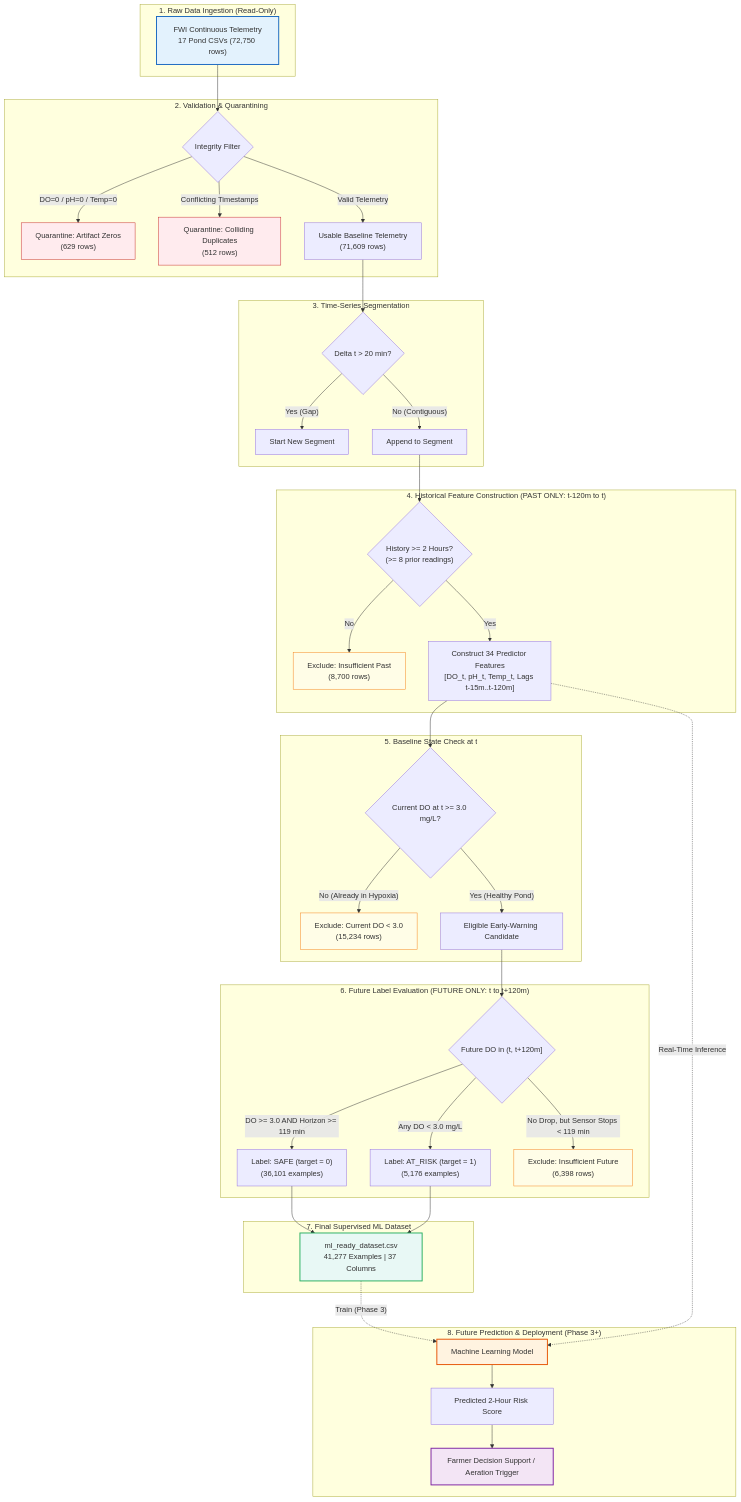
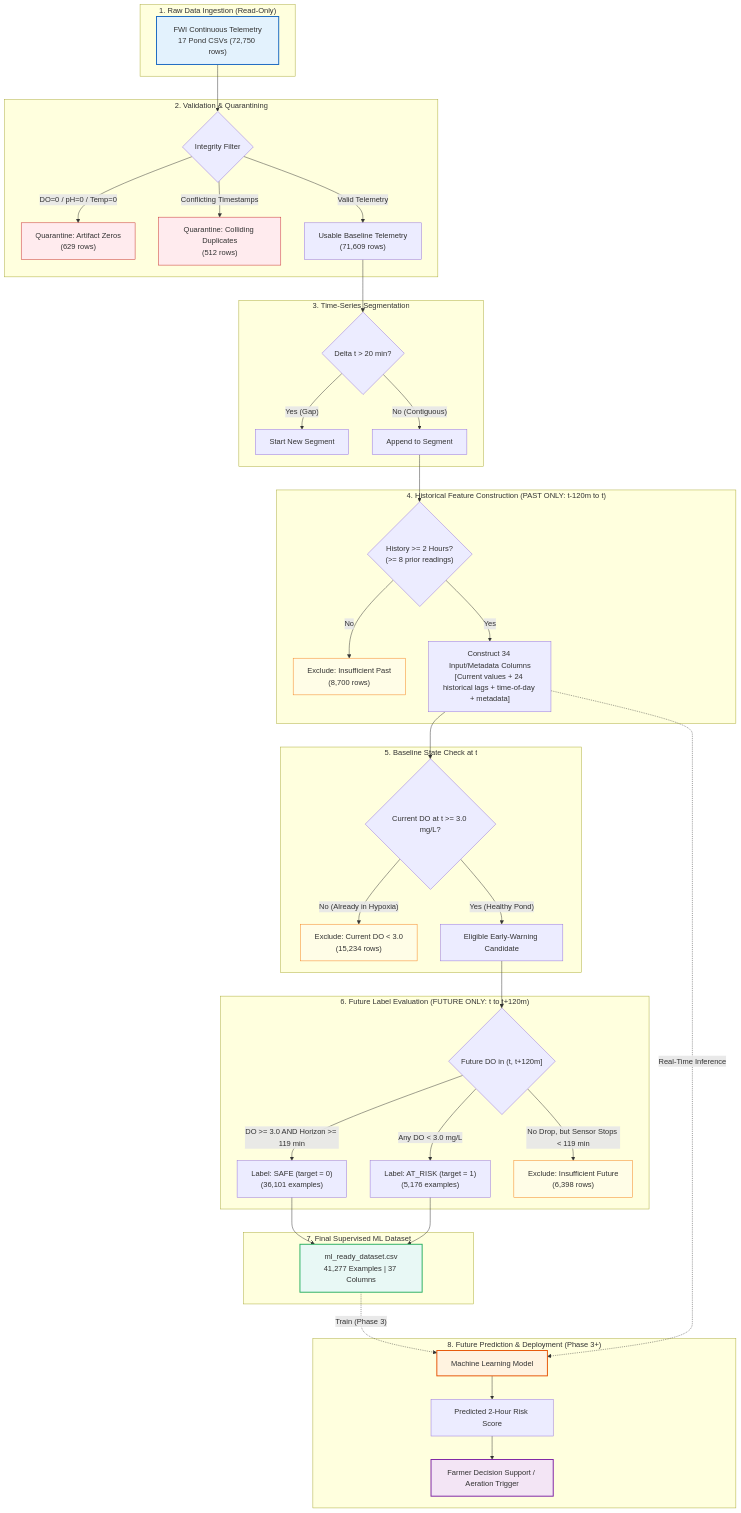
The diagram in PROJECT_DOCUMENTATION.md (karthi-2006-11/-ShinerAI), drawn with Mermaid before and after one commit. The commit also changed other lines of this file and 3 other files, not shown here.

Commit message:
Phase 1-2: Documentation terminology and data-flow alignment

````diff
--- a/PROJECT_DOCUMENTATION.md
+++ b/PROJECT_DOCUMENTATION.md
@@ -245,60 +245,60 @@
 ```mermaid
 flowchart TD
     subgraph S1["1. Raw Data Ingestion (Read-Only)"]
         Raw["FWI Continuous Telemetry<br/>17 Pond CSVs (72,750 rows)"]
     end
 
     subgraph S2["2. Validation & Quarantining"]
         Raw --> Val{"Integrity Filter"}
         Val -->|"DO=0 / pH=0 / Temp=0"| Art["Quarantine: Artifact Zeros<br/>(629 rows)"]
         Val -->|"Conflicting Timestamps"| Dup["Quarantine: Colliding Duplicates<br/>(512 rows)"]
         Val -->|"Valid Telemetry"| Clean["Usable Baseline Telemetry<br/>(71,609 rows)"]
     end
 
     subgraph S3["3. Time-Series Segmentation"]
         Clean --> Seg{"Delta t > 20 min?"}
         Seg -->|"Yes (Gap)"| NewSeg["Start New Segment"]
         Seg -->|"No (Contiguous)"| ContSeg["Append to Segment"]
     end
 
     subgraph S4["4. Historical Feature Construction (PAST ONLY: t-120m to t)"]
         ContSeg --> HistCheck{"History >= 2 Hours?<br/>(>= 8 prior readings)"}
         HistCheck -->|"No"| ExPast["Exclude: Insufficient Past<br/>(8,700 rows)"]
-        HistCheck -->|"Yes"| FeatGen["Construct 34 Predictor Features<br/>[DO_t, pH_t, Temp_t, Lags t-15m..t-120m]"]
+        HistCheck -->|"Yes"| FeatGen["Construct 34 Input/Metadata Columns<br/>[Current values + 24 historical lags + time-of-day + metadata]"]
     end
 
     subgraph S5["5. Baseline State Check at t"]
         FeatGen --> DO_T{"Current DO at t >= 3.0 mg/L?"}
         DO_T -->|"No (Already in Hypoxia)"| ExLow["Exclude: Current DO < 3.0<br/>(15,234 rows)"]
         DO_T -->|"Yes (Healthy Pond)"| Candidate["Eligible Early-Warning Candidate"]
     end
 
     subgraph S6["6. Future Label Evaluation (FUTURE ONLY: t to t+120m)"]
         Candidate --> FutEval{"Future DO in (t, t+120m]"}
         FutEval -->|"Any DO < 3.0 mg/L"| AtRisk["Label: AT_RISK (target = 1)<br/>(5,176 examples)"]
         FutEval -->|"DO >= 3.0 AND Horizon >= 119 min"| Safe["Label: SAFE (target = 0)<br/>(36,101 examples)"]
         FutEval -->|"No Drop, but Sensor Stops < 119 min"| ExFut["Exclude: Insufficient Future<br/>(6,398 rows)"]
     end
 
     subgraph S7["7. Final Supervised ML Dataset"]
         Safe --> ML["ml_ready_dataset.csv<br/>41,277 Examples | 37 Columns"]
         AtRisk --> ML
     end
 
     subgraph S8["8. Future Prediction & Deployment (Phase 3+)"]
         ML -.->|"Train (Phase 3)"| Model["Machine Learning Model"]
         FeatGen -.->|"Real-Time Inference"| Model
         Model --> RiskScore["Predicted 2-Hour Risk Score"]
         RiskScore --> Farmer["Farmer Decision Support / Aeration Trigger"]
     end
 
     style Raw fill:#e3f2fd,stroke:#1565c0,stroke-width:2px
     style ML fill:#e8f8f5,stroke:#27ae60,stroke-width:2px
     style Model fill:#fff3e0,stroke:#e65100,stroke-width:2px
     style Farmer fill:#f3e5f5,stroke:#7b1fa2,stroke-width:2px
     style Art fill:#ffebee,stroke:#c62828
     style Dup fill:#ffebee,stroke:#c62828
     style ExPast fill:#fffde7,stroke:#f57f17
     style ExLow fill:#fffde7,stroke:#f57f17
     style ExFut fill:#fffde7,stroke:#f57f17
 ```
````
